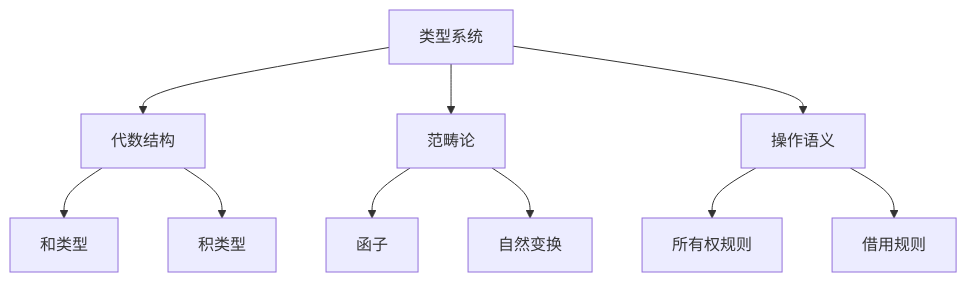
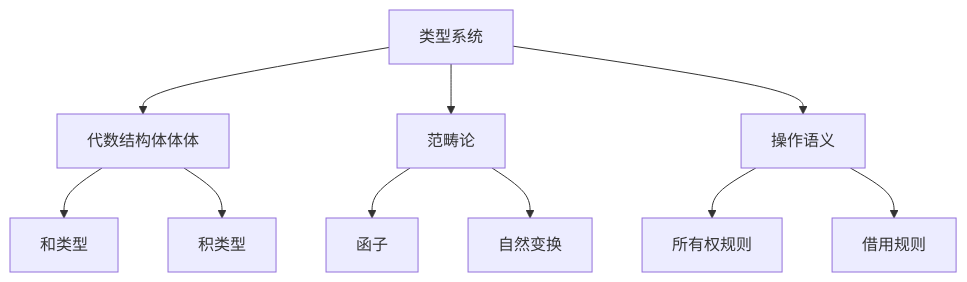
Before and after one commit to martin-ly/rust-lang: the second of 2 diagrams in formal_rust/language/18_model/01_model_theory.md, drawn with Mermaid. The commit also changed other lines of this file and 5740 other files, not shown here.

````diff
--- a/formal_rust/language/18_model/01_model_theory.md
+++ b/formal_rust/language/18_model/01_model_theory.md
@@ -351,12 +351,12 @@
 ```mermaid
 graph TD
-    A[类型系统] --> B[代数结构]
+    A[类型系统] --> B[代数结构体体体]
     A --> C[范畴论]
     A --> D[操作语义]
     B --> E[和类型]
     B --> F[积类型]
     C --> G[函子]
     C --> H[自然变换]
     D --> I[所有权规则]
     D --> J[借用规则]
 ```
````
